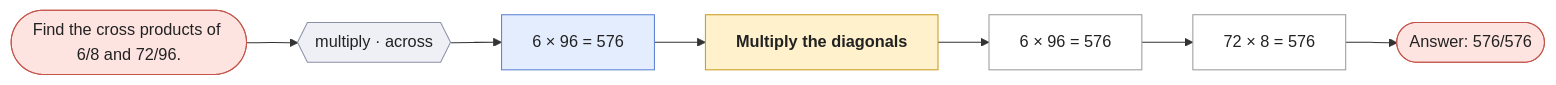
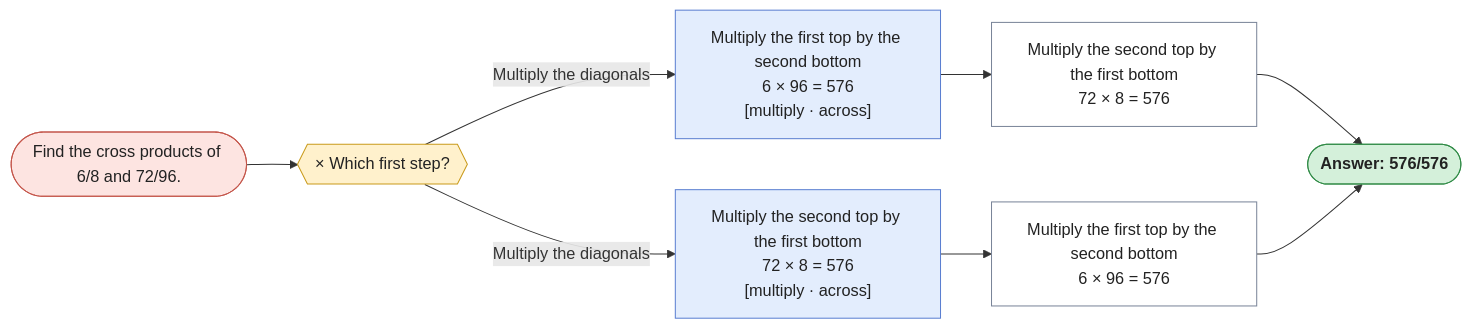
One commit to rahuldave/ProblemSolving changed the diagram in docs/svg/cross-products-2.mmd. Above: the diagram before and after it, drawn with Mermaid. The commit also changed 205 other files, not shown here.

First line of the commit message:
Rework data and diagrams around one step language and graph grammar

```diff
--- a/docs/svg/cross-products-2.mmd
+++ b/docs/svg/cross-products-2.mmd
@@ -1,26 +1,25 @@
 flowchart LR
   n0(["Find the cross products of 6/8 and 72/96."])
   n1(["Answer: 576/576"])
-  n2["Multiply the diagonals"]
-  n3["6 × 96 = 576"]
-  n2 --> n3
-  n4["72 × 8 = 576"]
+  n2{{"× Which first step?"}}
+  n3["Multiply the first top by the second bottom<br/>6 × 96 = 576<br/>[multiply · across]"]
+  n4["Multiply the second top by the first bottom<br/>72 × 8 = 576"]
+  n5["Multiply the second top by the first bottom<br/>72 × 8 = 576<br/>[multiply · across]"]
+  n6["Multiply the first top by the second bottom<br/>6 × 96 = 576"]
+  n0 --> n2
+  n2 -->|"Multiply the diagonals"| n3
+  n4 --> n1
   n3 --> n4
-  n4 --> n1
-  n5["6 × 96 = 576"]
-  n6{{"multiply · across"}}
-  n0 --> n6
-  n6 --> n5
-  n5 --> n2
-  classDef cls fill:#eef0f6,stroke:#8a90a6,color:#222
-  classDef first fill:#e3edfd,stroke:#5b7fd1,color:#222
-  classDef second fill:#efe6fb,stroke:#8b63c9,color:#222
-  classDef method fill:#fff1cc,stroke:#c99a1a,color:#222,font-weight:bold
-  classDef skill fill:#e3f4e6,stroke:#3f9a55,stroke-dasharray:5 3,color:#222
-  classDef step fill:#ffffff,stroke:#999,color:#222
-  classDef ans fill:#fde4e1,stroke:#c4554a,color:#222
-  class n6 cls
-  class n5 first
-  class n2 method
-  class n3,n4 step
-  class n0,n1 ans
+  n2 -->|"Multiply the diagonals"| n5
+  n6 --> n1
+  n5 --> n6
+  classDef k_choice fill:#fff1cc,stroke:#c99a1a,color:#222
+  classDef k_end fill:#d4f0da,stroke:#2f8a45,color:#222,font-weight:bold
+  classDef k_first fill:#e3edfd,stroke:#5b7fd1,color:#222
+  classDef k_start fill:#fde4e1,stroke:#c4554a,color:#222
+  classDef k_step fill:#ffffff,stroke:#7a8599,color:#222
+  class n2 k_choice
+  class n1 k_end
+  class n3,n5 k_first
+  class n0 k_start
+  class n4,n6 k_step
```
